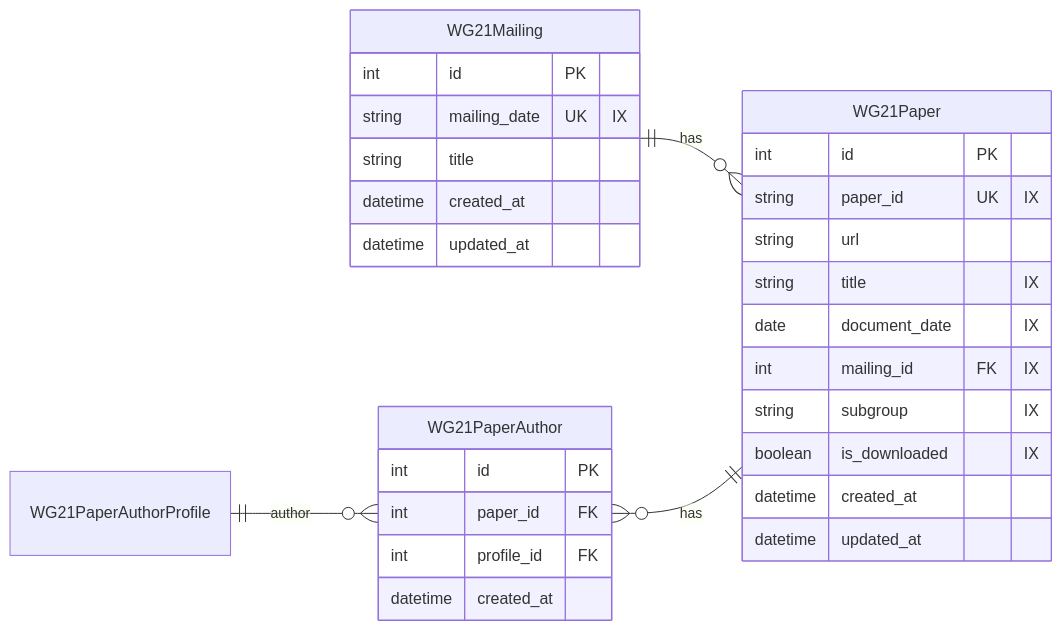
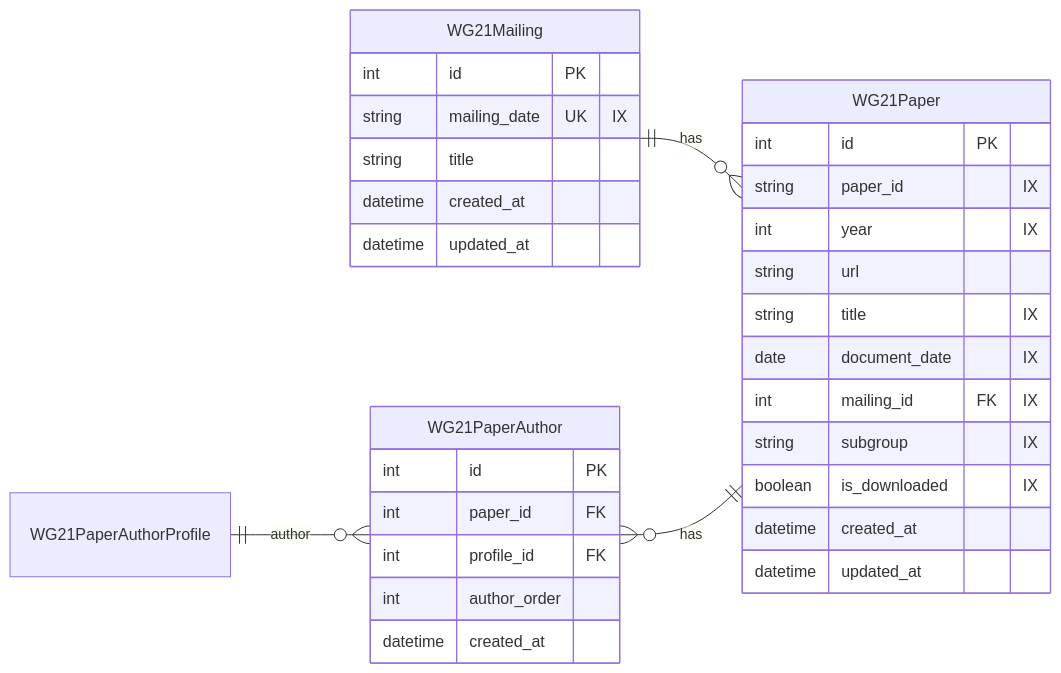
The tenth of 12 diagrams in docs/Schema.md (cppalliance/boost-data-collector), drawn with Mermaid before and after one commit. The commit also changed other lines of this file and 23 other files, not shown here.

Commit message:
Validate mailing_date in get_raw_dir; WG21 author order/resolution and docs #24

````diff
--- a/docs/Schema.md
+++ b/docs/Schema.md
@@ -610,35 +611,37 @@
 ```mermaid
 erDiagram
     Direction LR
     WG21PaperAuthorProfile ||--o{ WG21PaperAuthor : "author"
     WG21Mailing ||--o{ WG21Paper : "has"
     WG21PaperAuthor }o--|| WG21Paper : "has"
 
     WG21PaperAuthor {
         int id PK
         int paper_id FK
         int profile_id FK
+        int author_order
         datetime created_at
     }
 
     WG21Mailing {
         int id PK
         string mailing_date UK "IX"
         string title
         datetime created_at
         datetime updated_at
     }
 
     WG21Paper {
         int id PK
-        string paper_id UK "IX"
+        string paper_id "IX"
+        int year "IX"
         string url
         string title "IX"
         date document_date "IX"
         int mailing_id FK "IX"
         string subgroup "IX"
         boolean is_downloaded "IX"
         datetime created_at
         datetime updated_at
     }
 ```
````
